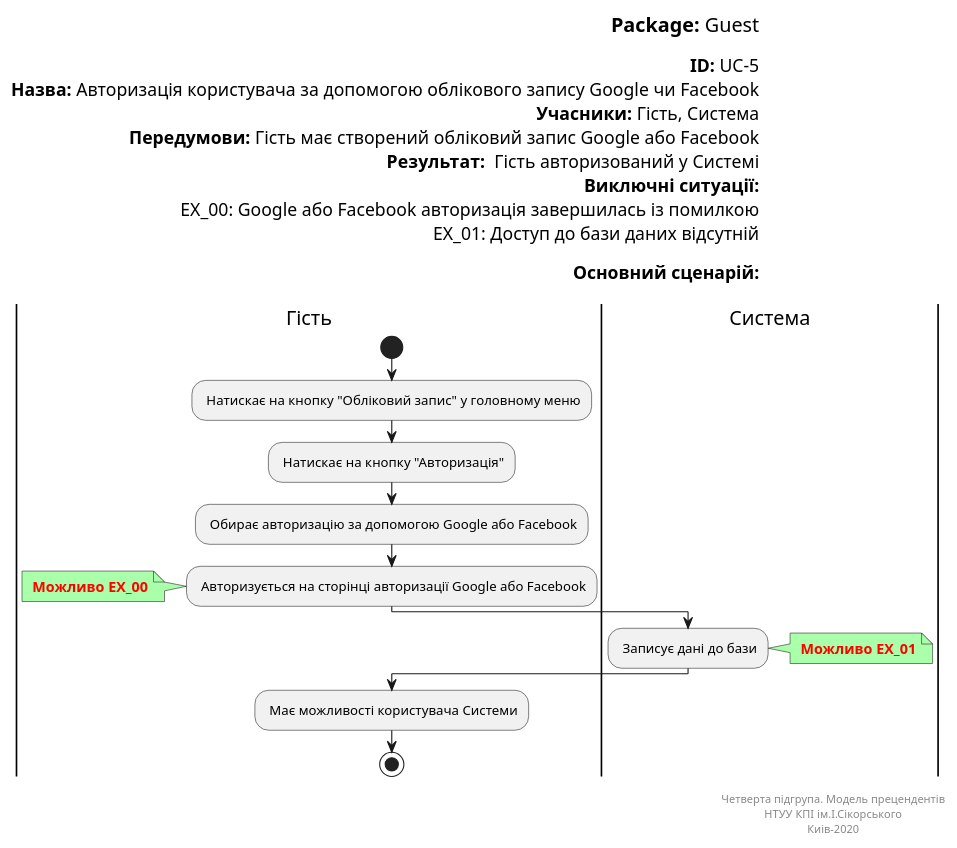
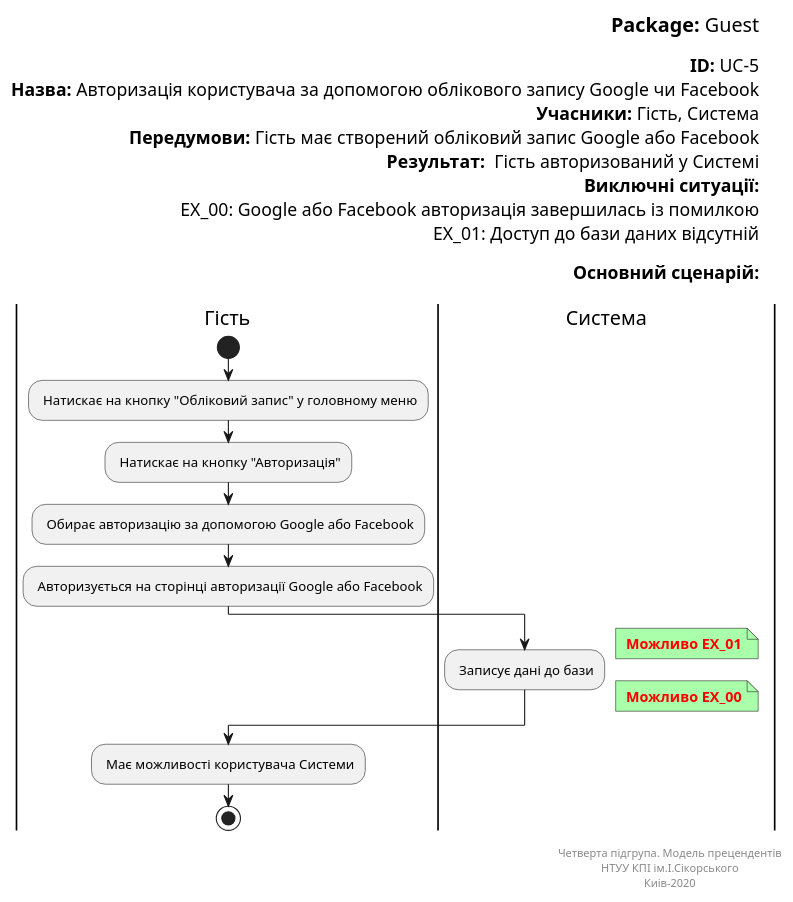
The diagram in UML/guest/Diagrams/UC5.pu (yehorbk/kpi-programming), drawn with PlantUML before and after one commit.

```diff
--- a/UML/guest/Diagrams/UC5.pu
+++ b/UML/guest/Diagrams/UC5.pu
@@ -1,45 +1,44 @@
 @startuml
 left header
 <font color=000 size=18><b>Package:</b> Guest
 
 <font color=000 size=16><b>ID:</b> UC-5
 <font color=000 size=16><b>Назва:</b> Авторизація користувача за допомогою облікового запису Google чи Facebook
 <font color=000 size=16><b>Учасники:</b> Гість, Система
 <font color=000 size=16><b>Передумови:</b> Гість має створений обліковий запис Google або Facebook
 <font color=000 size=16><b>Результат:</b>  Гість авторизований у Системі
 <font color=000 size=16><b>Виключні ситуації:</b>
 <font color=000 size=16> EX_00: Google або Facebook авторизація завершилась із помилкою
 <font color=000 size=16> EX_01: Доступ до бази даних відсутній
 
 <font color=000 size=16><b>Основний сценарій:</b>
 
 end header
 
 |Гість|
 start
 : Натискає на кнопку "Обліковий запис" у головному меню;
 : Натискає на кнопку "Авторизація";
 : Обирає авторизацію за допомогою Google або Facebook;
 : Авторизується на сторінці авторизації Google або Facebook;
 
-note left #aaffaa
-<font color=red><b> Можливо EX_00
-end note
-
 |Система|
 : Записує дані до бази;
 note right #aaffaa
 <font color=red><b> Можливо EX_01
+end note
+note right #aaffaa
+<font color=red><b> Можливо EX_00
 end note
 
 |Гість|
 : Має можливості користувача Системи;
 stop;
 
 right footer
 
 Четверта підгрупа. Модель прецендентів
 НТУУ КПІ ім.І.Сікорського
 Киів-2020
 end footer
 @enduml
```
